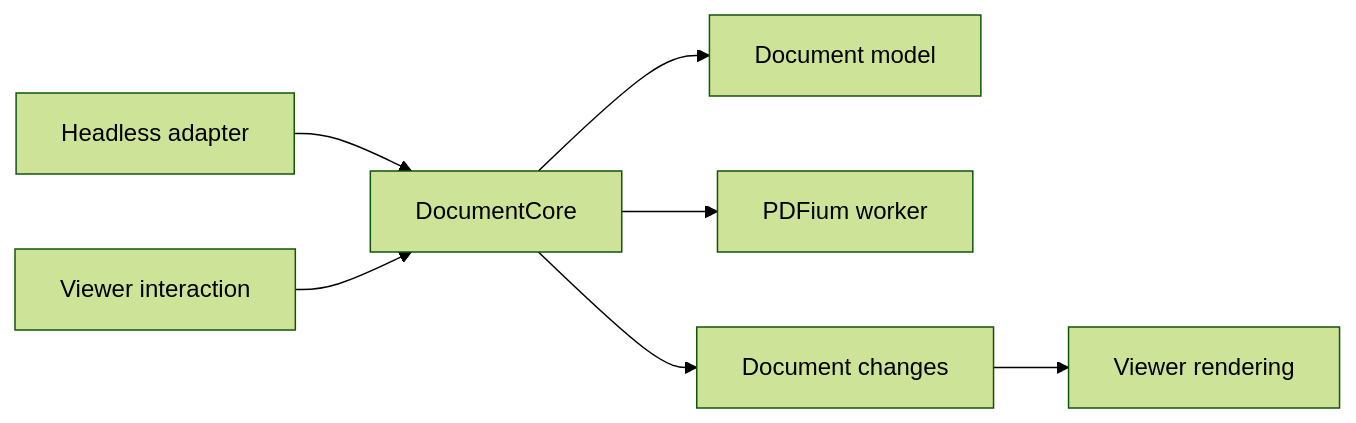
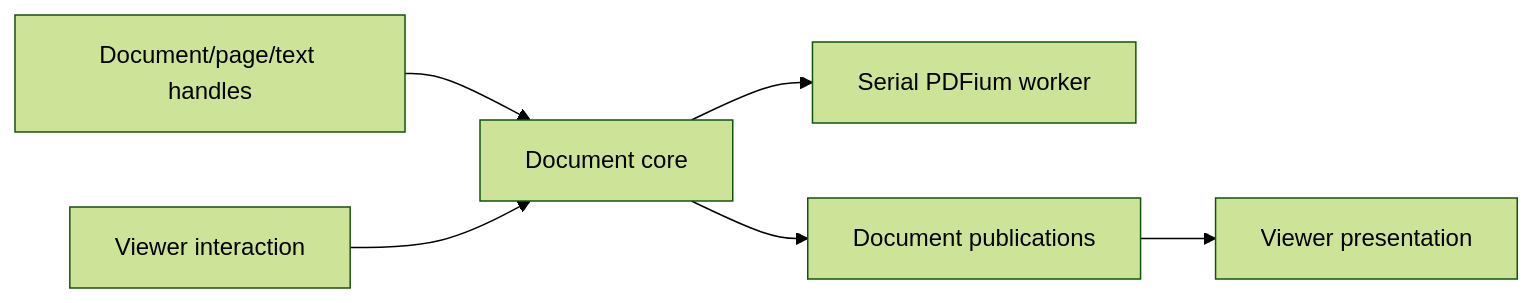
One commit to grego5/react-native-inksign-pdf changed the diagram in .agents/skills/inksign-pdf-docs/references/architecture.md. Above: the diagram before and after it, drawn with Mermaid (forest theme). The commit also changed other lines of this file and 180 other files, not shown here.

````diff
--- a/.agents/skills/inksign-pdf-docs/references/architecture.md
+++ b/.agents/skills/inksign-pdf-docs/references/architecture.md
@@ -92,9 +5,8 @@
 ```mermaid
 flowchart LR
-  Headless[Headless adapter] --> Core[DocumentCore]
-  Interaction[Viewer interaction] --> Core
-  Core --> Model[Document model]
-  Core --> Worker[PDFium worker]
-  Core --> Changes[Document changes]
-  Changes --> Rendering[Viewer rendering]
+  Handles[Document/page/text handles] --> Core[Document core]
+  Input[Viewer interaction] --> Core
+  Core --> Worker[Serial PDFium worker]
+  Core --> Changes[Document publications]
+  Changes --> Viewer[Viewer presentation]
 ```
````
